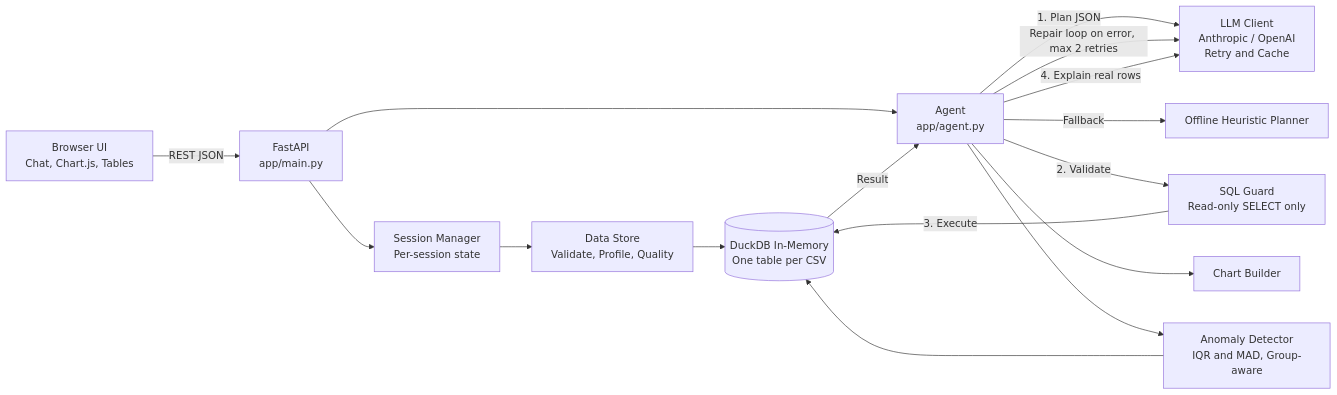
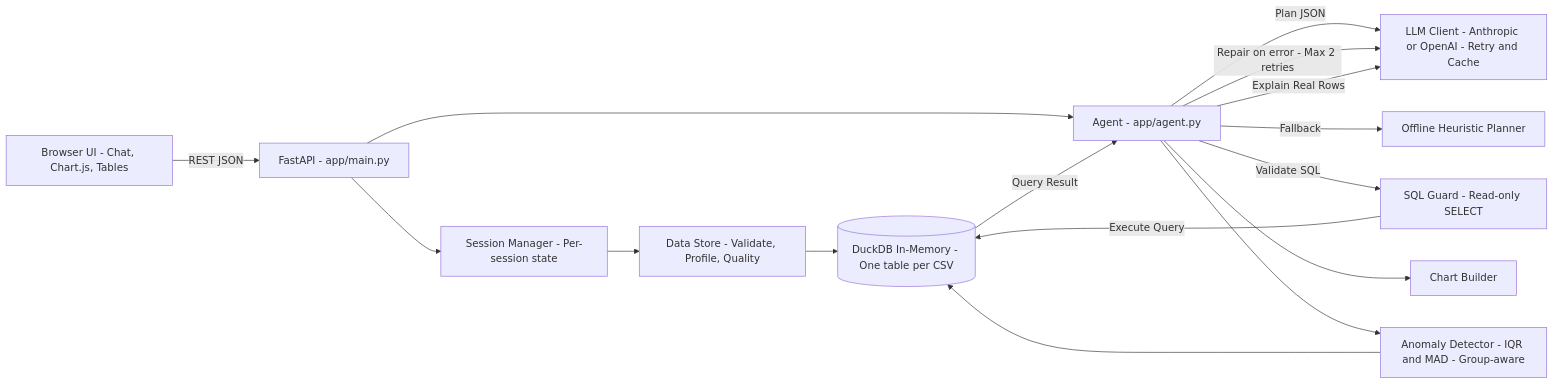
One commit to asadshaikh-21/AI-Data-Analyst changed the diagram in docs/architecture.mmd. Above: the diagram before and after it, drawn with Mermaid.

Commit message:
Fix Mermaid architecture diagram

```diff
--- a/docs/architecture.mmd
+++ b/docs/architecture.mmd
@@ -1,26 +1,26 @@
 
 flowchart LR
-    UI["Browser UI<br/>Chat, Chart.js, Tables"] -->|REST JSON| API["FastAPI<br/>app/main.py"]
+    UI["Browser UI - Chat, Chart.js, Tables"] -->|REST JSON| API["FastAPI - app/main.py"]
 
-    API --> SM["Session Manager<br/>Per-session state"]
-    API --> AG["Agent<br/>app/agent.py"]
+    API --> SM["Session Manager - Per-session state"]
+    API --> AG["Agent - app/agent.py"]
 
-    SM --> DS["Data Store<br/>Validate, Profile, Quality"]
-    DS --> DB[("DuckDB In-Memory<br/>One table per CSV")]
+    SM --> DS["Data Store - Validate, Profile, Quality"]
+    DS --> DB[("DuckDB In-Memory - One table per CSV")]
 
-    AG -->|1. Plan JSON| LLM["LLM Client<br/>Anthropic / OpenAI<br/>Retry and Cache"]
+    AG -->|Plan JSON| LLM["LLM Client - Anthropic or OpenAI - Retry and Cache"]
     AG -->|Fallback| OFF["Offline Heuristic Planner"]
 
-    AG -->|2. Validate| GUARD["SQL Guard<br/>Read-only SELECT only"]
-    GUARD -->|3. Execute| DB
+    AG -->|Validate SQL| GUARD["SQL Guard - Read-only SELECT"]
+    GUARD -->|Execute Query| DB
 
-    DB -->|Result| AG
+    DB -->|Query Result| AG
 
-    AG -->|Repair loop on error, max 2 retries| LLM
+    AG -->|Repair on error - Max 2 retries| LLM
 
     AG --> CH["Chart Builder"]
-    AG --> AN["Anomaly Detector<br/>IQR and MAD, Group-aware"]
+    AG --> AN["Anomaly Detector - IQR and MAD - Group-aware"]
 
     AN --> DB
 
-    AG -->|4. Explain real rows| LLM
+    AG -->|Explain Real Rows| LLM
```
